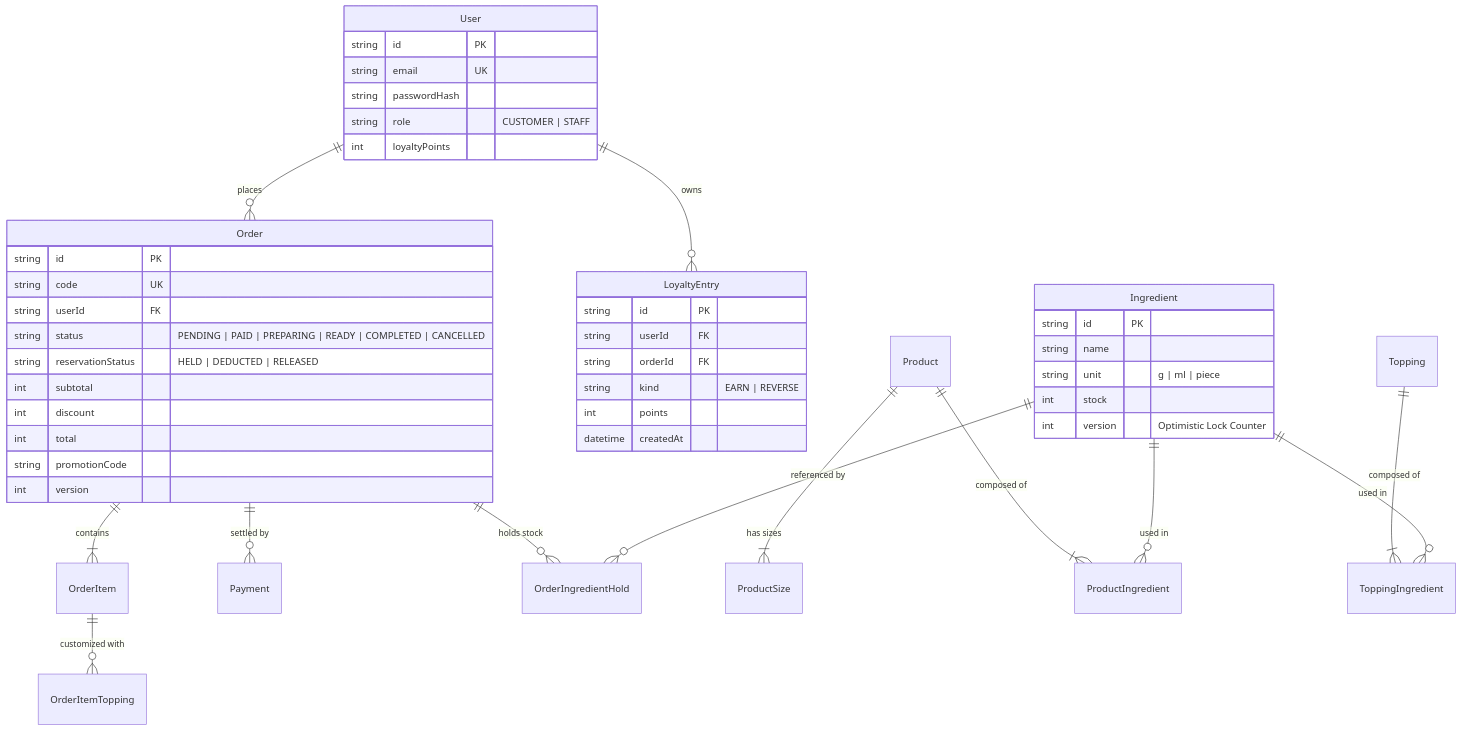
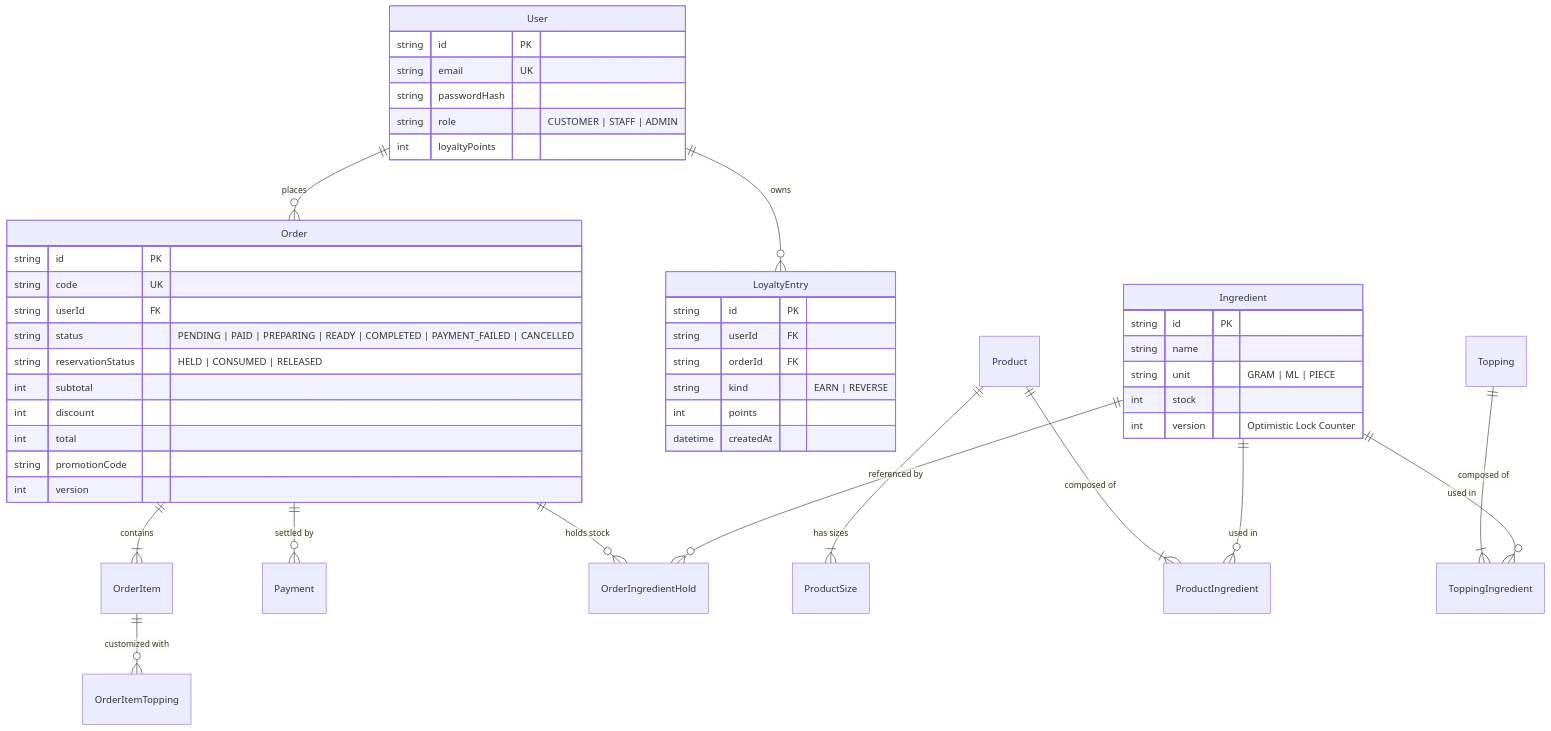
One commit to nguyen213123/BrewLite_Assignment_2 changed the fourth of 7 diagrams in docs/architecture/system-architecture.md. Above: the diagram before and after it, drawn with Mermaid. The commit also changed other lines of this file and 7 other files, not shown here.

Commit message:
docs(architecture): address PR #14 review feedback on architecture spec and ADRs

````diff
--- a/docs/architecture/system-architecture.md
+++ b/docs/architecture/system-architecture.md
@@ -165,53 +165,53 @@
 ```mermaid
 erDiagram
     User ||--o{ Order : "places"
     User ||--o{ LoyaltyEntry : "owns"
     Order ||--|{ OrderItem : "contains"
     OrderItem ||--o{ OrderItemTopping : "customized with"
     Order ||--o{ Payment : "settled by"
     Order ||--o{ OrderIngredientHold : "holds stock"
     Product ||--|{ ProductSize : "has sizes"
     Product ||--|{ ProductIngredient : "composed of"
     Topping ||--|{ ToppingIngredient : "composed of"
     Ingredient ||--o{ ProductIngredient : "used in"
     Ingredient ||--o{ ToppingIngredient : "used in"
     Ingredient ||--o{ OrderIngredientHold : "referenced by"
 
     User {
         string id PK
         string email UK
         string passwordHash
-        string role "CUSTOMER | STAFF"
+        string role "CUSTOMER | STAFF | ADMIN"
         int loyaltyPoints
     }
 
     Ingredient {
         string id PK
         string name
-        string unit "g | ml | piece"
+        string unit "GRAM | ML | PIECE"
         int stock
         int version "Optimistic Lock Counter"
     }
 
     Order {
         string id PK
         string code UK
         string userId FK
-        string status "PENDING | PAID | PREPARING | READY | COMPLETED | CANCELLED"
-        string reservationStatus "HELD | DEDUCTED | RELEASED"
+        string status "PENDING | PAID | PREPARING | READY | COMPLETED | PAYMENT_FAILED | CANCELLED"
+        string reservationStatus "HELD | CONSUMED | RELEASED"
         int subtotal
         int discount
         int total
         string promotionCode
         int version
     }
 
     LoyaltyEntry {
         string id PK
         string userId FK
         string orderId FK
         string kind "EARN | REVERSE"
         int points
         datetime createdAt
     }
 ```
````
